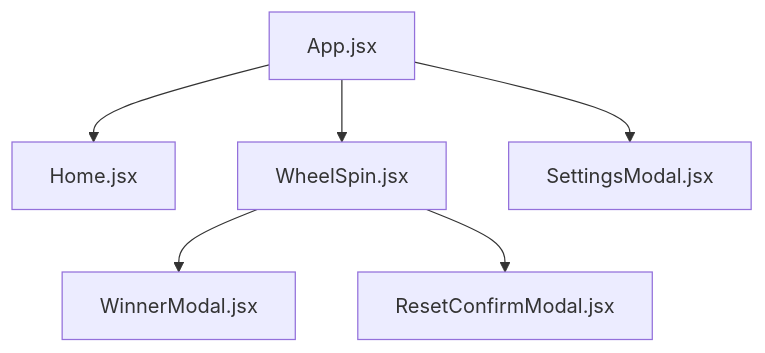
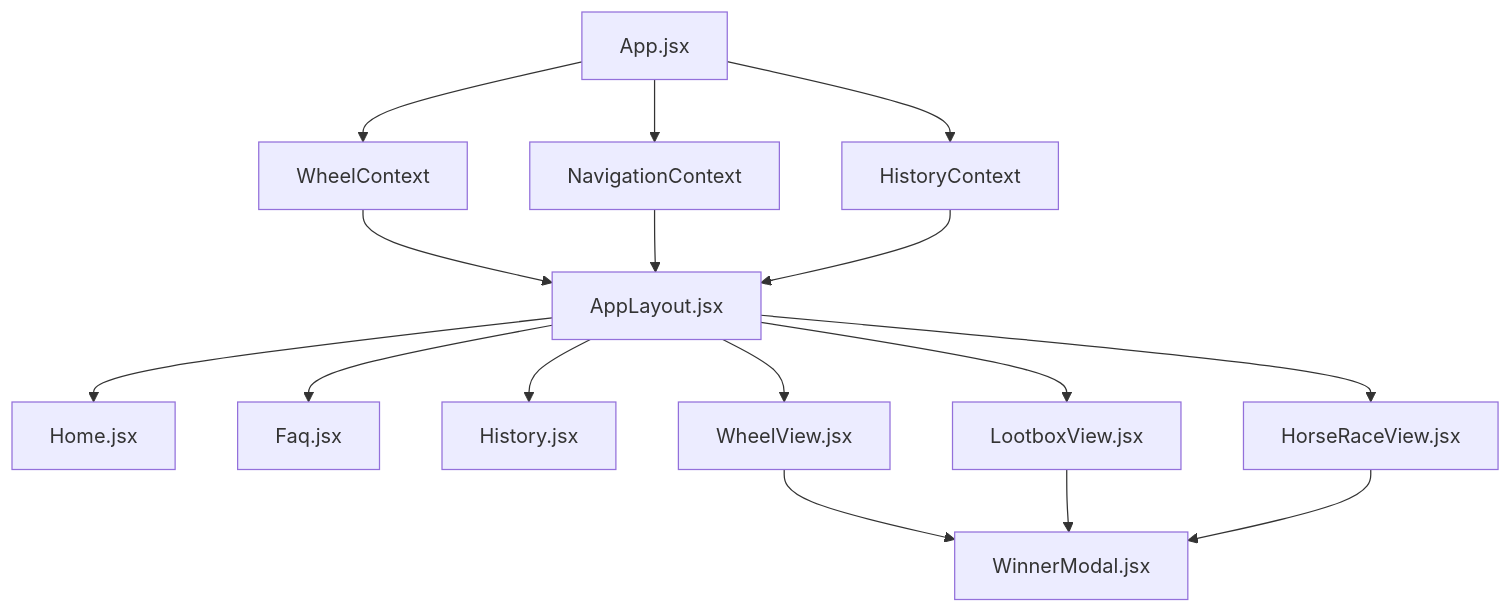
Before and after one commit to Goodzilla/kobspin: the first of 2 diagrams in docs/architecture.md, drawn with Mermaid. The commit also changed other lines of this file, not shown here.

Commit message:
Update architecture.md to reflect the modern modular codebase structure

````diff
--- a/docs/architecture.md
+++ b/docs/architecture.md
@@ -41,9 +68,22 @@
 ```mermaid
 graph TD
-  App[App.jsx] --> Home[Home.jsx]
-  App --> WheelSpin[WheelSpin.jsx]
-  App --> SettingsModal[SettingsModal.jsx]
-  
-  WheelSpin --> WinnerModal[WinnerModal.jsx]
-  WheelSpin --> ResetConfirmModal[ResetConfirmModal.jsx]
+  App[App.jsx] --> WheelContext[WheelContext]
+  App --> NavigationContext[NavigationContext]
+  App --> HistoryContext[HistoryContext]
+
+  WheelContext --> AppLayout[AppLayout.jsx]
+  NavigationContext --> AppLayout
+  HistoryContext --> AppLayout
+
+  AppLayout --> Home[Home.jsx]
+  AppLayout --> FAQ[Faq.jsx]
+  AppLayout --> History[History.jsx]
+
+  AppLayout --> WheelView[WheelView.jsx]
+  AppLayout --> LootboxView[LootboxView.jsx]
+  AppLayout --> HorseRaceView[HorseRaceView.jsx]
+
+  WheelView --> WinnerModal[WinnerModal.jsx]
+  LootboxView --> WinnerModal
+  HorseRaceView --> WinnerModal
 ```
````
